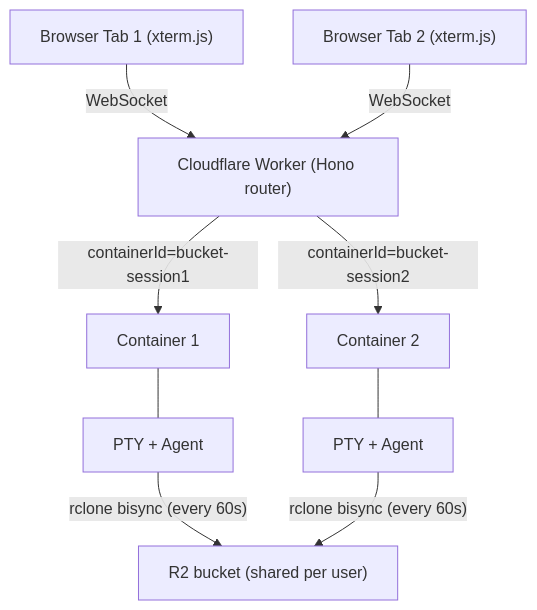
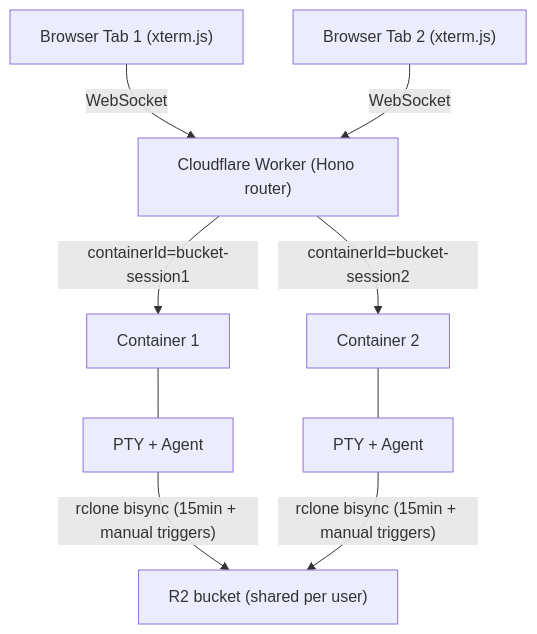
The first of 8 diagrams in documentation/architecture.md (nikolanovoselec/codeflare), drawn with Mermaid before and after one commit. The commit also changed other lines of this file and 2 other files, not shown here.

First line of the commit message:
docs: update sync prose for 15-min cadence + manual triggers

````diff
--- a/documentation/architecture.md
+++ b/documentation/architecture.md
@@ -13,11 +13,11 @@
 ```mermaid
 graph TD
     B1["Browser Tab 1 (xterm.js)"] -->|WebSocket| W["Cloudflare Worker (Hono router)"]
     B2["Browser Tab 2 (xterm.js)"] -->|WebSocket| W
     W -->|"containerId=bucket-session1"| C1["Container 1"]
     W -->|"containerId=bucket-session2"| C2["Container 2"]
     C1 --- P1["PTY + Agent"]
     C2 --- P2["PTY + Agent"]
-    P1 -->|"rclone bisync (every 60s)"| R2["R2 bucket (shared per user)"]
-    P2 -->|"rclone bisync (every 60s)"| R2
+    P1 -->|"rclone bisync (15min + manual triggers)"| R2["R2 bucket (shared per user)"]
+    P2 -->|"rclone bisync (15min + manual triggers)"| R2
 ```
````
